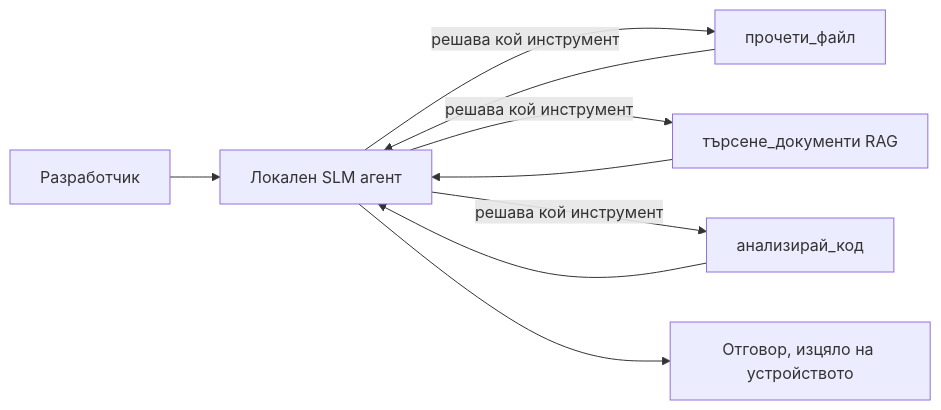
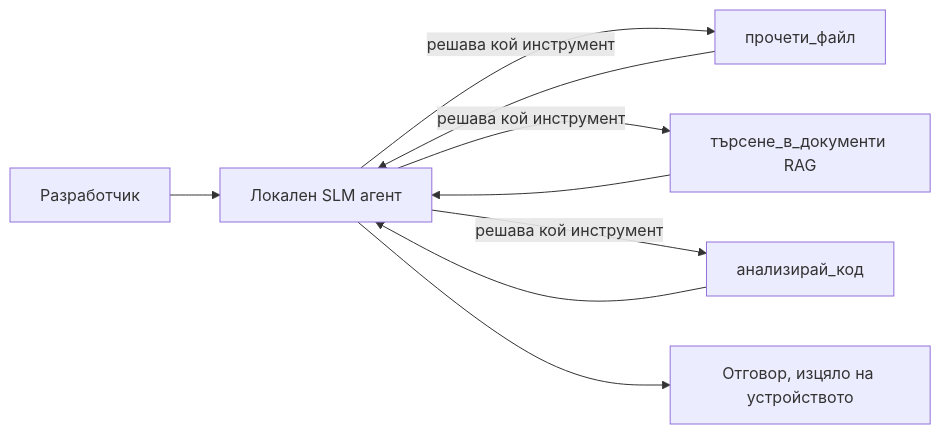
The first of 4 diagrams in mirrors/repos/microsoft@ai-agents-for-beginners/translations/bg/17-creating-local-ai-agents/README.md (gabrielmoreira/agent-skills-mirror), drawn with Mermaid before and after one commit. The commit also changed other lines of this file and 4262 other files, not shown here.

````diff
--- a/mirrors/repos/microsoft@ai-agents-for-beginners/translations/bg/17-creating-local-ai-agents/README.md
+++ b/mirrors/repos/microsoft@ai-agents-for-beginners/translations/bg/17-creating-local-ai-agents/README.md
@@ -66,11 +66,11 @@
 ```mermaid
 flowchart LR
     U[Разработчик] --> A[Локален SLM агент]
     A -->|решава кой инструмент| T1[прочети_файл]
-    A -->|решава кой инструмент| T2[търсене_документи RAG]
+    A -->|решава кой инструмент| T2[търсене_в_документи RAG]
     A -->|решава кой инструмент| T3[анализирай_код]
     T1 --> A
     T2 --> A
     T3 --> A
     A --> R[Отговор, изцяло на устройството]
 ```
````
